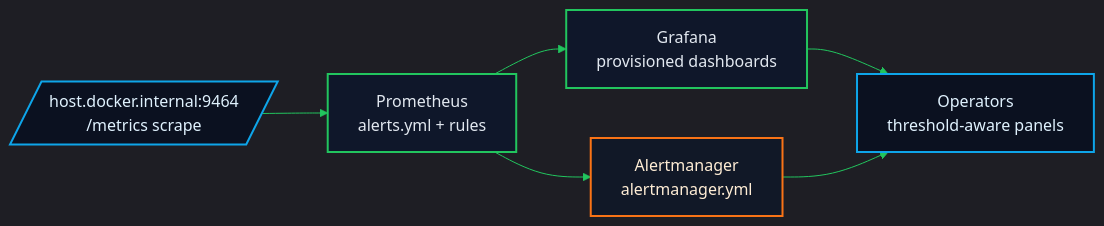
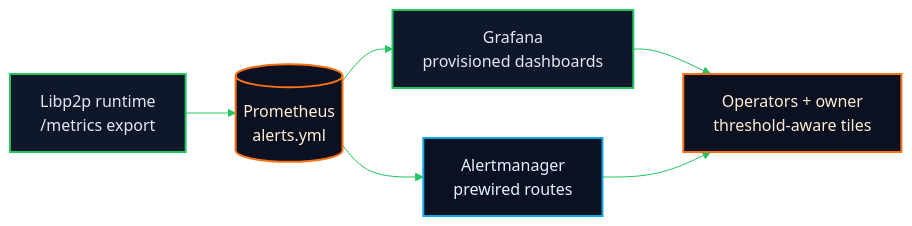
One commit to MontrealAI/AGI-Alpha-Node-v0 changed the third of 4 diagrams in README.md. Above: the diagram before and after it, drawn with Mermaid. The commit also changed other lines of this file, not shown here.

````diff
--- a/README.md
+++ b/README.md
@@ -372,13 +108,13 @@
 ```mermaid
-%%{init: { 'theme': 'dark', 'themeVariables': { 'primaryColor': '#0f172a', 'primaryTextColor': '#e2e8f0', 'lineColor': '#22c55e', 'secondaryColor': '#111827' } }}%%
+%%{init: { 'theme': 'forest', 'themeVariables': { 'primaryColor': '#0f172a', 'primaryTextColor': '#e2e8f0', 'lineColor': '#22c55e', 'secondaryColor': '#0ea5e9', 'tertiaryColor': '#f97316' } }}%%
 flowchart LR
   classDef neon fill:#0f172a,stroke:#22c55e,stroke-width:2px,color:#e2e8f0;
-  classDef lava fill:#111827,stroke:#f97316,stroke-width:2px,color:#ffedd5;
   classDef frost fill:#0b1120,stroke:#0ea5e9,stroke-width:2px,color:#e0f2fe;
+  classDef ember fill:#0b1120,stroke:#f97316,stroke-width:2px,color:#ffedd5;
 
-  Metrics[/host.docker.internal:9464\n/metrics scrape/]:::frost --> Prom[Prometheus\nalerts.yml + rules]:::neon
-  Prom --> Alertmgr[Alertmanager\nalertmanager.yml]:::lava
-  Prom --> Grafana[Grafana\nprovisioned dashboards]:::neon
-  Grafana --> Ops[Operators\nthreshold-aware panels]:::frost
-  Alertmgr --> Ops
+  Runtime[Libp2p runtime\n/metrics export]:::neon --> Prometheus[(Prometheus\nalerts.yml)]:::ember
+  Prometheus --> Alertmanager[Alertmanager\nprewired routes]:::frost
+  Prometheus --> Grafana[Grafana\nprovisioned dashboards]:::neon
+  Grafana --> Operators[Operators + owner\nthreshold-aware tiles]:::ember
+  Alertmanager --> Operators
 ```
````
